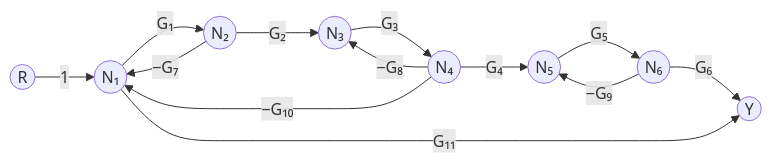
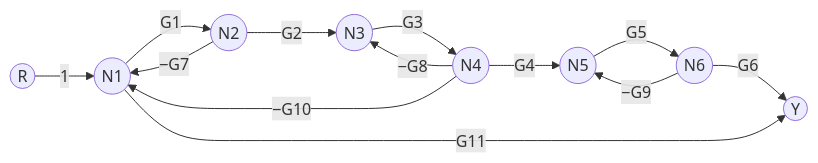
One commit to Choroning/25Fall_Neural-Network-Control-Systems changed the sixth of 14 diagrams in Lecture-Notes/Week06_Control-System-Modeling-III/Concepts_Lecture.ko.md. Above: the diagram before and after it, drawn with Mermaid. The commit also changed other lines of this file and 25 other files, not shown here.

````diff
--- a/Lecture-Notes/Week06_Control-System-Modeling-III/Concepts_Lecture.ko.md
+++ b/Lecture-Notes/Week06_Control-System-Modeling-III/Concepts_Lecture.ko.md
@@ -170,15 +170,15 @@
 ```mermaid
 flowchart LR
-  R(("R")) -->|"1"| N1(("N₁"))
-  N1 -->|"G₁"| N2(("N₂"))
-  N2 -->|"−G₇"| N1
-  N2 -->|"G₂"| N3(("N₃"))
-  N3 -->|"G₃"| N4(("N₄"))
-  N4 -->|"−G₈"| N3
-  N4 -->|"−G₁₀"| N1
-  N4 -->|"G₄"| N5(("N₅"))
-  N5 -->|"G₅"| N6(("N₆"))
-  N6 -->|"−G₉"| N5
-  N6 -->|"G₆"| Y(("Y"))
-  N1 -->|"G₁₁"| Y
+  R(("R")) -->|"1"| N1(("N1"))
+  N1 -->|"G1"| N2(("N2"))
+  N2 -->|"−G7"| N1
+  N2 -->|"G2"| N3(("N3"))
+  N3 -->|"G3"| N4(("N4"))
+  N4 -->|"−G8"| N3
+  N4 -->|"−G10"| N1
+  N4 -->|"G4"| N5(("N5"))
+  N5 -->|"G5"| N6(("N6"))
+  N6 -->|"−G9"| N5
+  N6 -->|"G6"| Y(("Y"))
+  N1 -->|"G11"| Y
 ```
````
